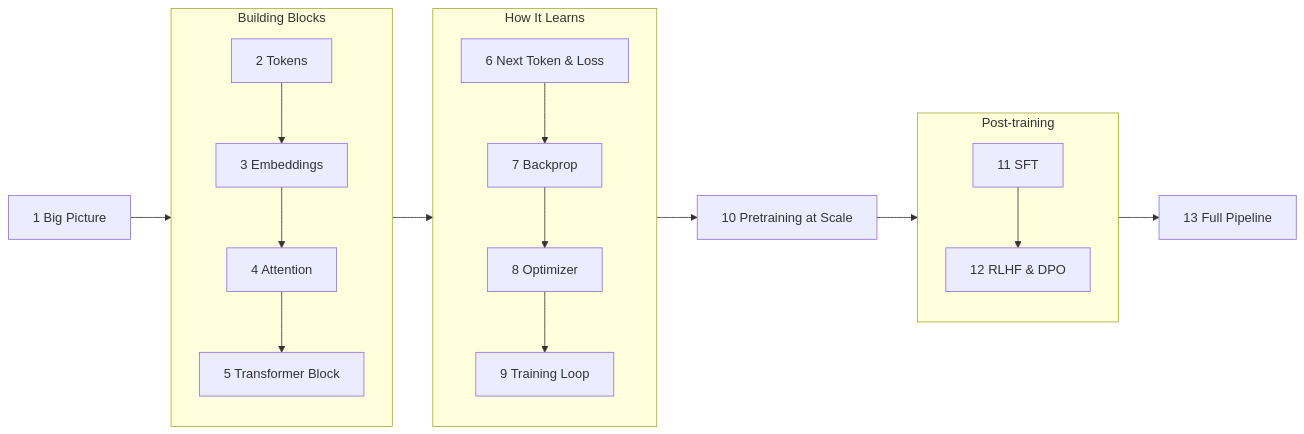
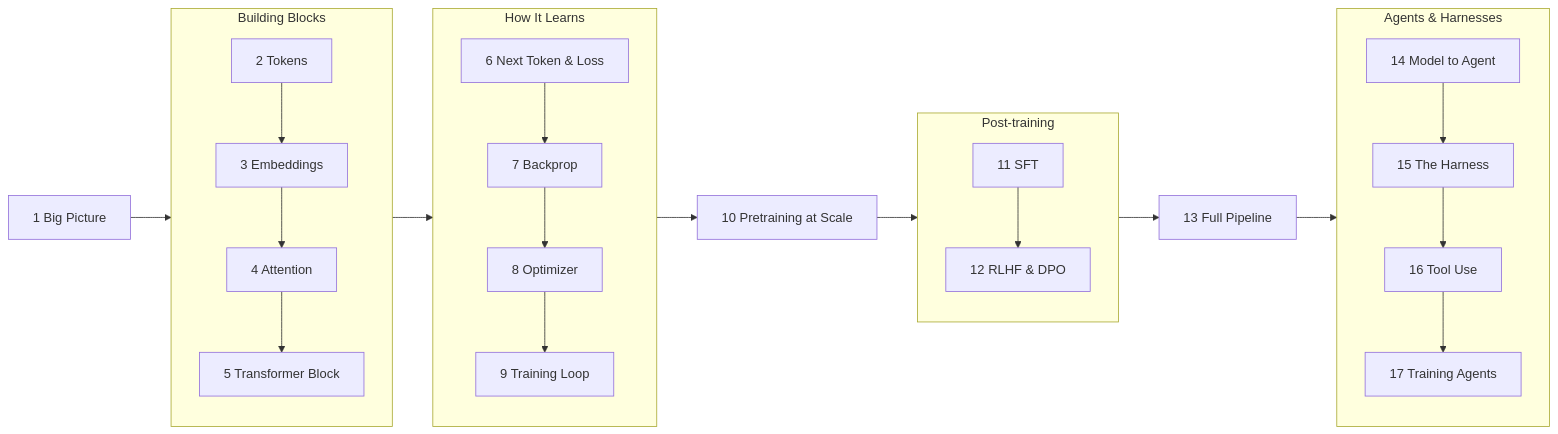
One commit to amalmehta/LLMUnderstander changed the diagram in README.md. Above: the diagram before and after it, drawn with Mermaid. The commit also changed other lines of this file and 30 other files, not shown here.

Commit message:
Add Agents & Harnesses section: agent loop, harness, tool use, training agents

````diff
--- a/README.md
+++ b/README.md
@@ -15,17 +16,21 @@
 ```mermaid
 flowchart LR
     A[1 Big Picture] --> B
     subgraph B[Building Blocks]
         B2[2 Tokens] --> B3[3 Embeddings] --> B4[4 Attention] --> B5[5 Transformer Block]
     end
     B --> C
     subgraph C[How It Learns]
         C6[6 Next Token & Loss] --> C7[7 Backprop] --> C8[8 Optimizer] --> C9[9 Training Loop]
     end
     C --> D[10 Pretraining at Scale]
     D --> E
     subgraph E[Post-training]
         E11[11 SFT] --> E12[12 RLHF & DPO]
     end
     E --> F[13 Full Pipeline]
+    F --> G
+    subgraph G[Agents & Harnesses]
+        G14[14 Model to Agent] --> G15[15 The Harness] --> G16[16 Tool Use] --> G17[17 Training Agents]
+    end
 ```
````
